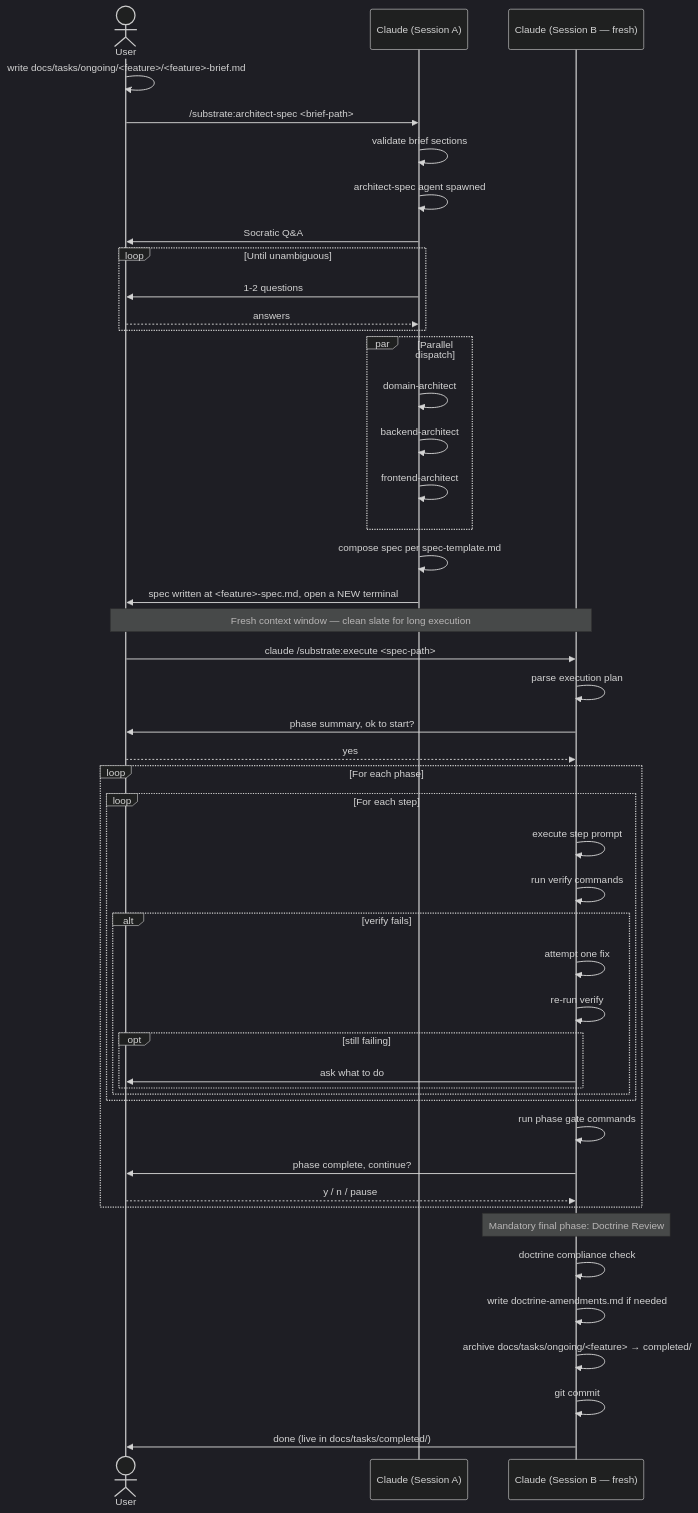
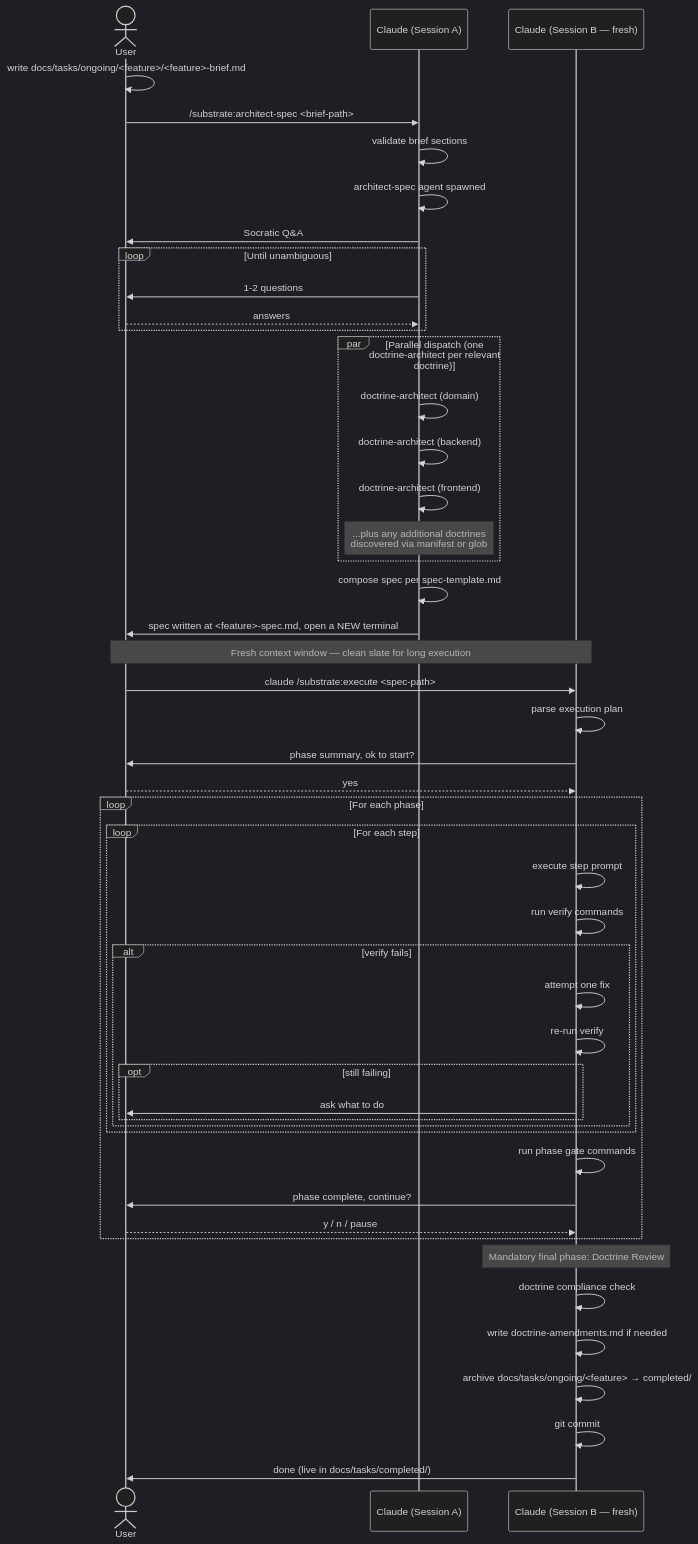
The fourth of 4 diagrams in assets/sequence-diagram.md (metalogica/substrate), drawn with Mermaid (dark theme) before and after one commit. The commit also changed other lines of this file and 10 other files, not shown here.

````diff
--- a/assets/sequence-diagram.md
+++ b/assets/sequence-diagram.md
@@ -159,59 +160,60 @@
 ```mermaid
 sequenceDiagram
     actor User
     participant SessionA as Claude (Session A)
     participant SessionB as Claude (Session B — fresh)
 
     User->>User: write docs/tasks/ongoing/<feature>/<feature>-brief.md
 
     User->>SessionA: /substrate:architect-spec <brief-path>
     SessionA->>SessionA: validate brief sections
     SessionA->>SessionA: architect-spec agent spawned
     SessionA->>User: Socratic Q&A
 
     loop Until unambiguous
         SessionA->>User: 1-2 questions
         User-->>SessionA: answers
     end
 
-    par Parallel dispatch
-        SessionA->>SessionA: domain-architect
-        SessionA->>SessionA: backend-architect
-        SessionA->>SessionA: frontend-architect
+    par Parallel dispatch (one doctrine-architect per relevant doctrine)
+        SessionA->>SessionA: doctrine-architect (domain)
+        SessionA->>SessionA: doctrine-architect (backend)
+        SessionA->>SessionA: doctrine-architect (frontend)
+        Note over SessionA: ...plus any additional doctrines<br/>discovered via manifest or glob
     end
 
     SessionA->>SessionA: compose spec per spec-template.md
     SessionA->>User: spec written at <feature>-spec.md, open a NEW terminal
 
     Note over User,SessionB: Fresh context window — clean slate for long execution
 
     User->>SessionB: claude /substrate:execute <spec-path>
     SessionB->>SessionB: parse execution plan
     SessionB->>User: phase summary, ok to start?
     User-->>SessionB: yes
 
     loop For each phase
         loop For each step
             SessionB->>SessionB: execute step prompt
             SessionB->>SessionB: run verify commands
             alt verify fails
                 SessionB->>SessionB: attempt one fix
                 SessionB->>SessionB: re-run verify
                 opt still failing
                     SessionB->>User: ask what to do
                 end
             end
         end
         SessionB->>SessionB: run phase gate commands
         SessionB->>User: phase complete, continue?
         User-->>SessionB: y / n / pause
     end
 
     Note over SessionB: Mandatory final phase: Doctrine Review
 
     SessionB->>SessionB: doctrine compliance check
     SessionB->>SessionB: write doctrine-amendments.md if needed
     SessionB->>SessionB: archive docs/tasks/ongoing/<feature> → completed/
     SessionB->>SessionB: git commit
     SessionB->>User: done (live in docs/tasks/completed/)
 ```
````
